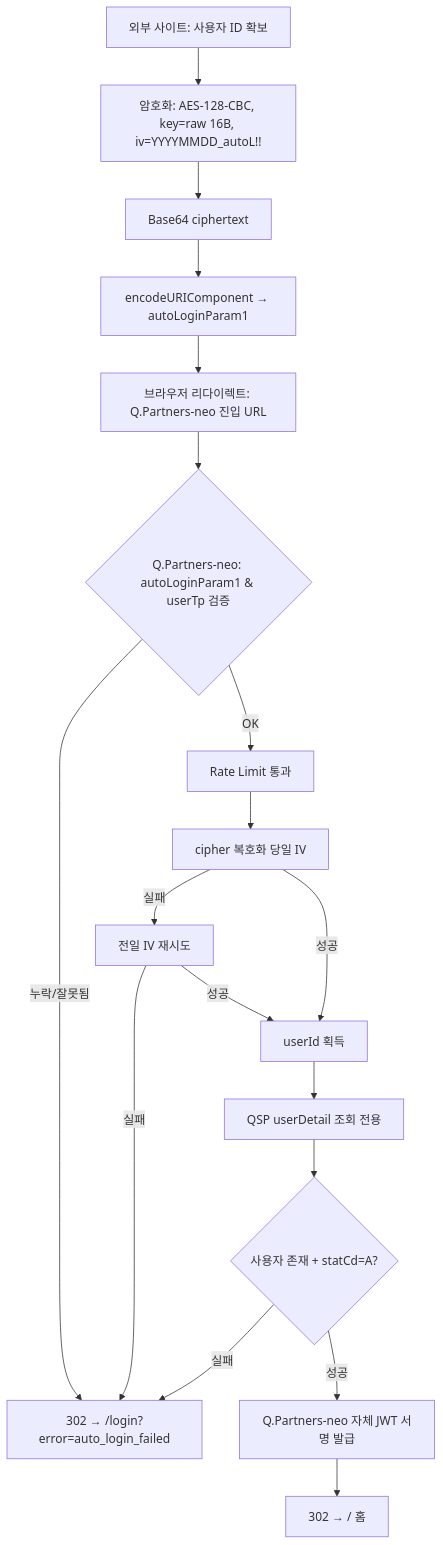
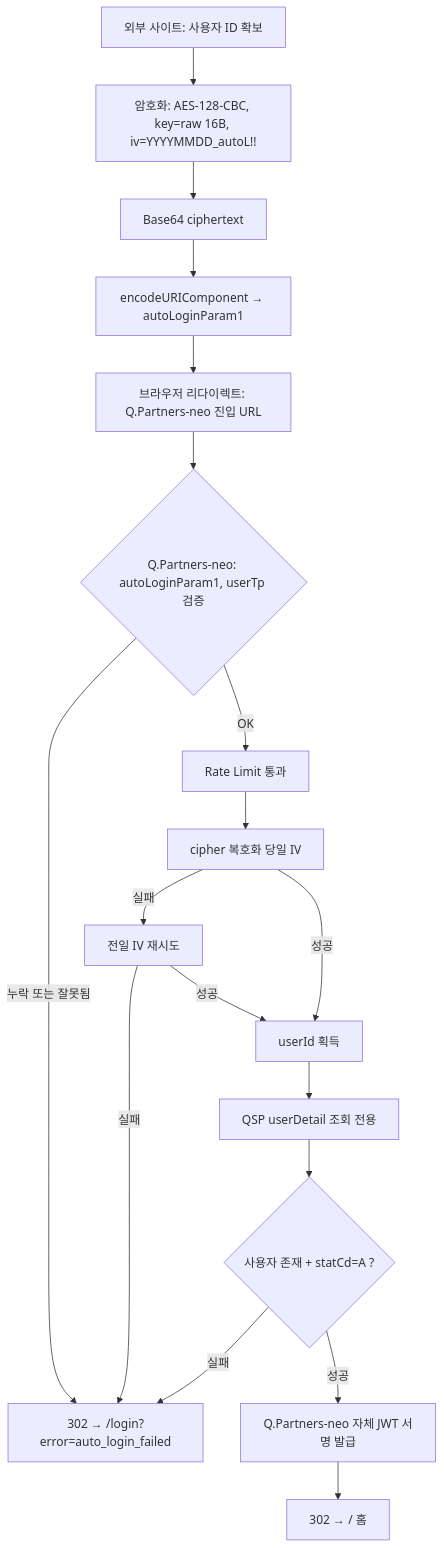
One commit to nalpari/qpartners-neo changed the diagram in docs/auto-login-inbound-guide.md. Above: the diagram before and after it, drawn with Mermaid.

Commit message:
docs: 자동로그인 inbound 가이드 mermaid 다이어그램 렌더링 수정
노드/엣지 라벨의 특수문자(:, =, ?, /, →, !!)를 큰따옴표로 감싸고
mermaid 예약문자 &를 쉼표로 치환하여 파서 오류를 제거.

````diff
--- a/docs/auto-login-inbound-guide.md
+++ b/docs/auto-login-inbound-guide.md
@@ -271,22 +271,22 @@
 ```mermaid
 flowchart TD
-    A[외부 사이트: 사용자 ID 확보] --> B[암호화: AES-128-CBC, key=raw 16B, iv=YYYYMMDD_autoL!!]
-    B --> C[Base64 ciphertext]
+    A["외부 사이트: 사용자 ID 확보"] --> B["암호화: AES-128-CBC, key=raw 16B, iv=YYYYMMDD_autoL!!"]
+    B --> C["Base64 ciphertext"]
     C --> D["encodeURIComponent → autoLoginParam1"]
-    D --> E[브라우저 리다이렉트: Q.Partners-neo 진입 URL]
+    D --> E["브라우저 리다이렉트: Q.Partners-neo 진입 URL"]
 
-    E --> F{Q.Partners-neo: autoLoginParam1 & userTp 검증}
-    F -- 누락/잘못됨 --> X[302 → /login?error=auto_login_failed]
-    F -- OK --> R[Rate Limit 통과]
-    R --> G[cipher 복호화 당일 IV]
-    G -- 실패 --> H[전일 IV 재시도]
-    H -- 실패 --> X
-    G -- 성공 --> I[userId 획득]
-    H -- 성공 --> I
+    E --> F{"Q.Partners-neo: autoLoginParam1, userTp 검증"}
+    F -- "누락 또는 잘못됨" --> X["302 → /login?error=auto_login_failed"]
+    F -- "OK" --> R["Rate Limit 통과"]
+    R --> G["cipher 복호화 당일 IV"]
+    G -- "실패" --> H["전일 IV 재시도"]
+    H -- "실패" --> X
+    G -- "성공" --> I["userId 획득"]
+    H -- "성공" --> I
 
-    I --> J[QSP userDetail 조회 전용]
-    J --> K{사용자 존재 + statCd=A?}
-    K -- 실패 --> X
-    K -- 성공 --> L[Q.Partners-neo 자체 JWT 서명 발급]
-    L --> M[302 → / 홈]
+    I --> J["QSP userDetail 조회 전용"]
+    J --> K{"사용자 존재 + statCd=A ?"}
+    K -- "실패" --> X
+    K -- "성공" --> L["Q.Partners-neo 자체 JWT 서명 발급"]
+    L --> M["302 → / 홈"]
 ```
````
